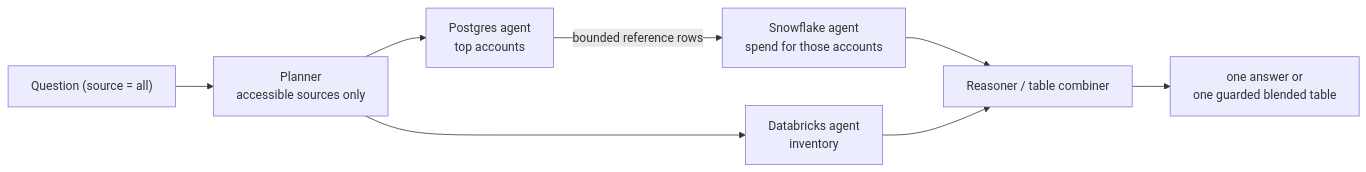
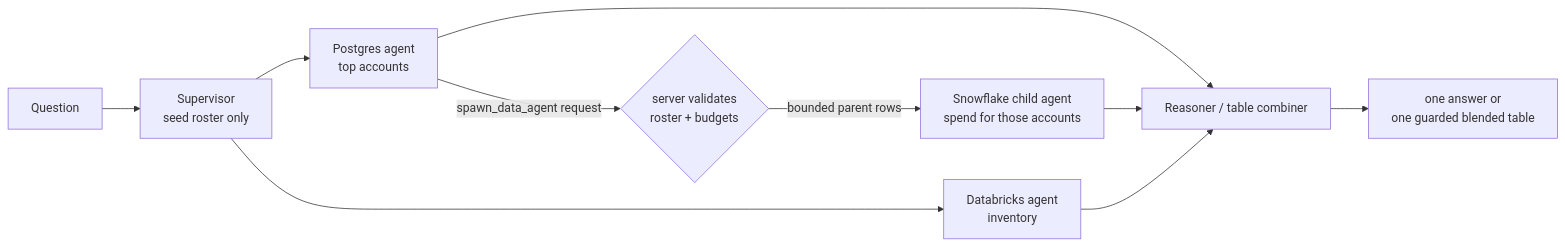
One commit to rohitkarumanchi745/studio changed the fourth of 12 diagrams in README.md. Above: the diagram before and after it, drawn with Mermaid. The commit also changed other lines of this file and 13 other files, not shown here.

Commit message:
Add governed runtime agent graph delegation

````diff
--- a/README.md
+++ b/README.md
@@ -424,10 +457,12 @@
 ```mermaid
 flowchart LR
-    q["Question (source = all)"] --> plan["Planner<br/>accessible sources only"]
+    q["Question"] --> plan["Supervisor<br/>seed roster only"]
     plan --> w1["Postgres agent<br/>top accounts"]
-    w1 -->|"bounded reference rows"| w2["Snowflake agent<br/>spend for those accounts"]
+    w1 -->|"spawn_data_agent request"| gate{"server validates<br/>roster + budgets"}
+    gate -->|"bounded parent rows"| w2["Snowflake child agent<br/>spend for those accounts"]
     plan --> w3["Databricks agent<br/>inventory"]
-    w2 --> agg["Reasoner / table combiner"]
+    w1 --> agg["Reasoner / table combiner"]
+    w2 --> agg
     w3 --> agg
     agg --> ans["one answer or<br/>one guarded blended table"]
 ```
````
